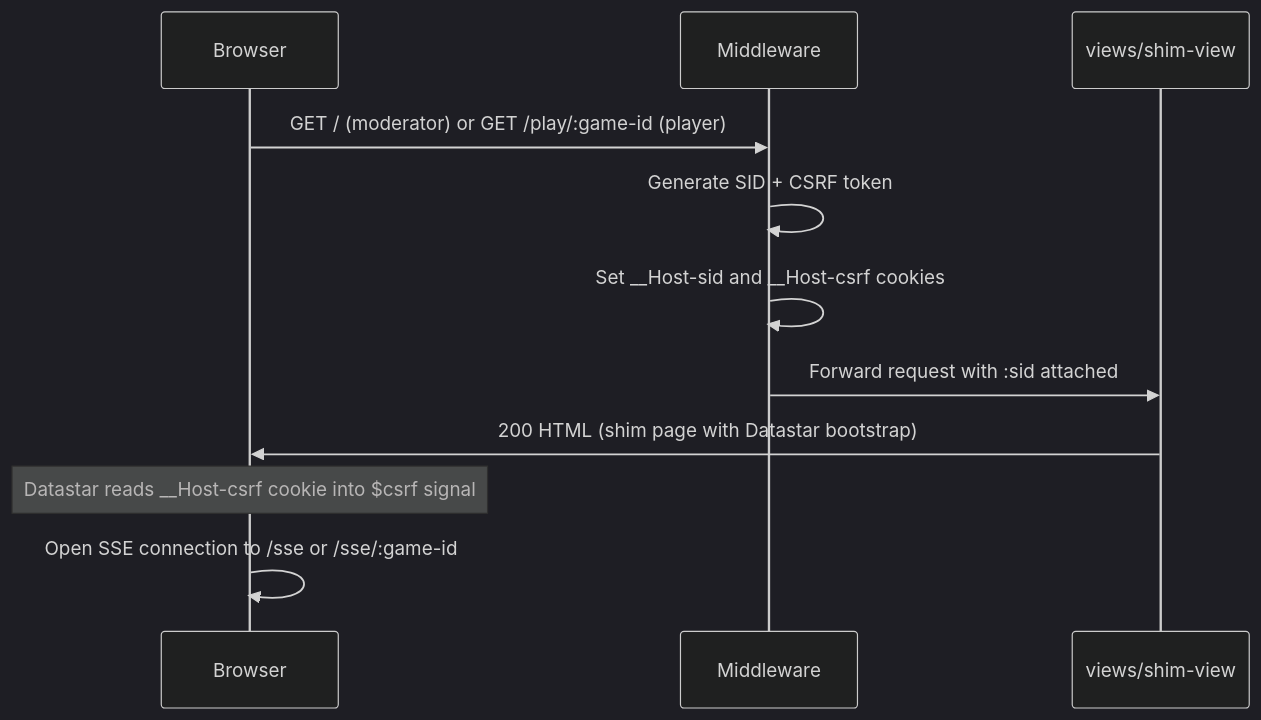
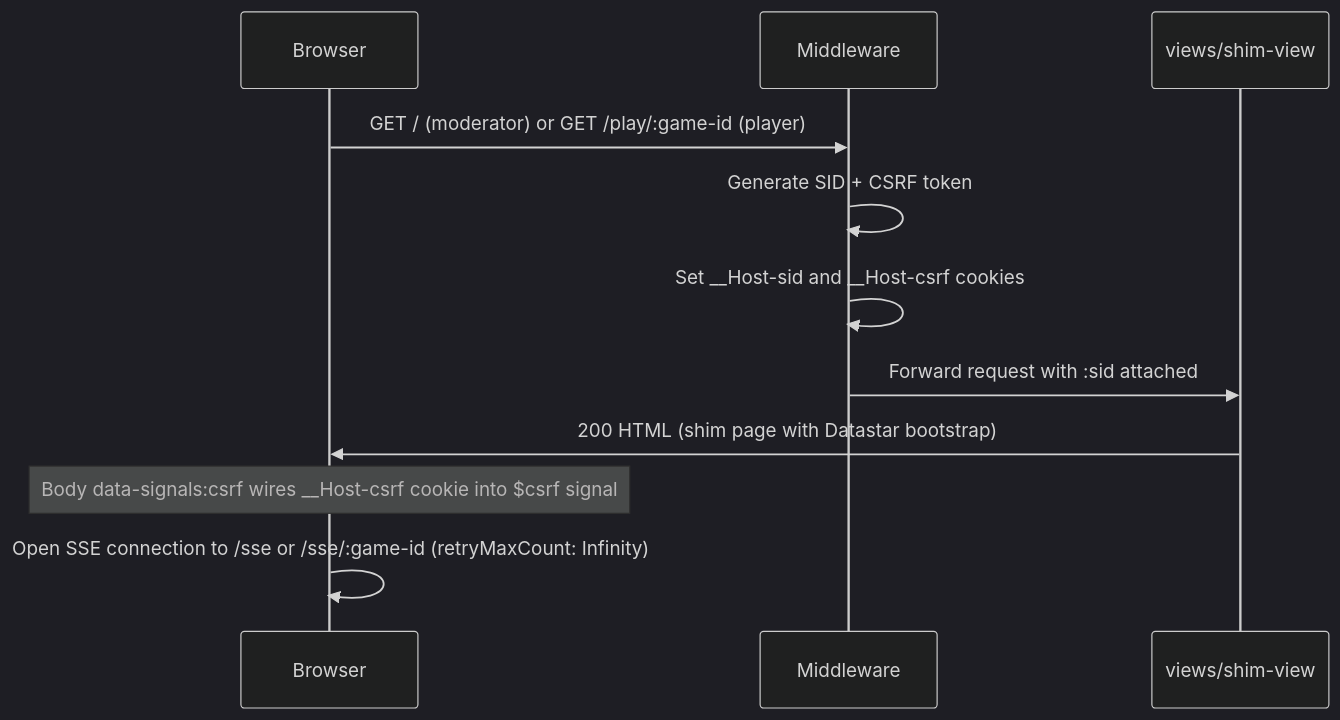
One commit to jindrichmynarz/localquiz changed the first of 8 diagrams in data_flow.md. Above: the diagram before and after it, drawn with Mermaid (dark theme). The commit also changed other lines of this file, not shown here.

Commit message:
Update the data flow

````diff
--- a/data_flow.md
+++ b/data_flow.md
@@ -16,14 +35,14 @@
 ```mermaid
 sequenceDiagram
     participant B as Browser
     participant MW as Middleware
     participant V as views/shim-view
 
     B->>MW: GET / (moderator) or GET /play/:game-id (player)
     MW->>MW: Generate SID + CSRF token
     MW->>MW: Set __Host-sid and __Host-csrf cookies
     MW->>V: Forward request with :sid attached
     V->>B: 200 HTML (shim page with Datastar bootstrap)
-    Note over B: Datastar reads __Host-csrf cookie into $csrf signal
-    B->>B: Open SSE connection to /sse or /sse/:game-id
+    Note over B: Body data-signals:csrf wires __Host-csrf cookie into $csrf signal
+    B->>B: Open SSE connection to /sse or /sse/:game-id (retryMaxCount: Infinity)
 ```
````
